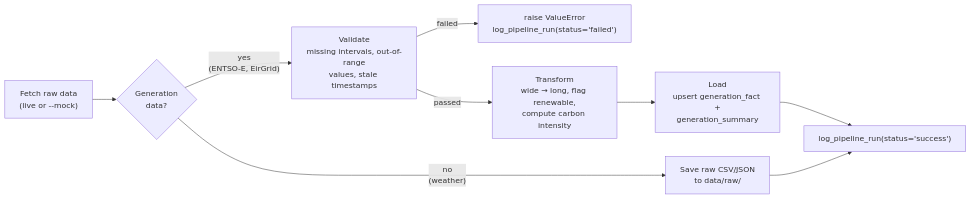
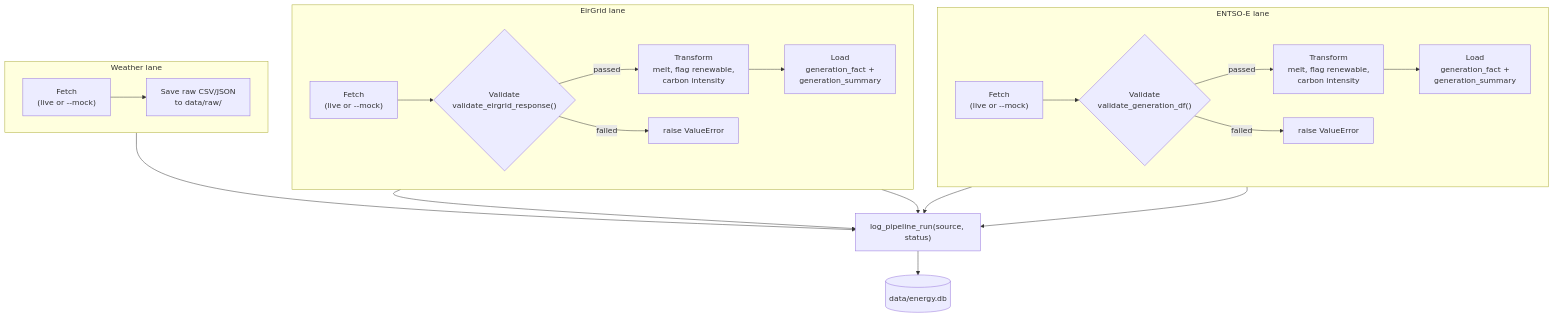
The second of 4 diagrams in docs/DIAGRAMS.md (squirke1/energy-data-pipeline), drawn with Mermaid before and after one commit. The commit also changed other lines of this file, not shown here.

Commit message:
docs: convert data flow diagram to swimlanes by source
Mermaid has no dedicated swimlane type, so this uses the standard
workaround: one subgraph per source (lane), each with its own
internal left-to-right flow, stacked vertically. Makes each source's
distinct path - and where EirGrid/ENTSO-E can fail at validation
versus weather's shorter path - clearer than the single shared
flowchart it replaces.

````diff
--- a/docs/DIAGRAMS.md
+++ b/docs/DIAGRAMS.md
@@ -59,12 +59,30 @@
 ```mermaid
-flowchart LR
-    A["Fetch raw data<br/>(live or --mock)"] --> B{"Generation<br/>data?"}
-    B -- "yes<br/>(ENTSO-E, EirGrid)" --> C["Validate<br/>missing intervals, out-of-range<br/>values, stale timestamps"]
-    C -- "failed" --> F["raise ValueError<br/>log_pipeline_run(status='failed')"]
-    C -- "passed" --> D["Transform<br/>wide → long, flag renewable,<br/>compute carbon intensity"]
-    D --> E["Load<br/>upsert generation_fact +<br/>generation_summary"]
-    E --> G["log_pipeline_run(status='success')"]
+flowchart TB
+    subgraph L1["ENTSO-E lane"]
+        direction LR
+        A1["Fetch<br/>(live or --mock)"] --> A2{"Validate<br/>validate_generation_df()"}
+        A2 -- passed --> A3["Transform<br/>melt, flag renewable,<br/>carbon intensity"]
+        A3 --> A4["Load<br/>generation_fact +<br/>generation_summary"]
+        A2 -- failed --> A5["raise ValueError"]
+    end
 
-    B -- "no<br/>(weather)" --> H["Save raw CSV/JSON<br/>to data/raw/"]
-    H --> G
+    subgraph L2["EirGrid lane"]
+        direction LR
+        B1["Fetch<br/>(live or --mock)"] --> B2{"Validate<br/>validate_eirgrid_response()"}
+        B2 -- passed --> B3["Transform<br/>melt, flag renewable,<br/>carbon intensity"]
+        B3 --> B4["Load<br/>generation_fact +<br/>generation_summary"]
+        B2 -- failed --> B5["raise ValueError"]
+    end
+
+    subgraph L3["Weather lane"]
+        direction LR
+        C1["Fetch<br/>(live or --mock)"] --> C2["Save raw CSV/JSON<br/>to data/raw/"]
+    end
+
+    A4 --> LOG["log_pipeline_run(source, status)"]
+    A5 --> LOG
+    B4 --> LOG
+    B5 --> LOG
+    C2 --> LOG
+    LOG --> DB[("data/energy.db")]
 ```
````
